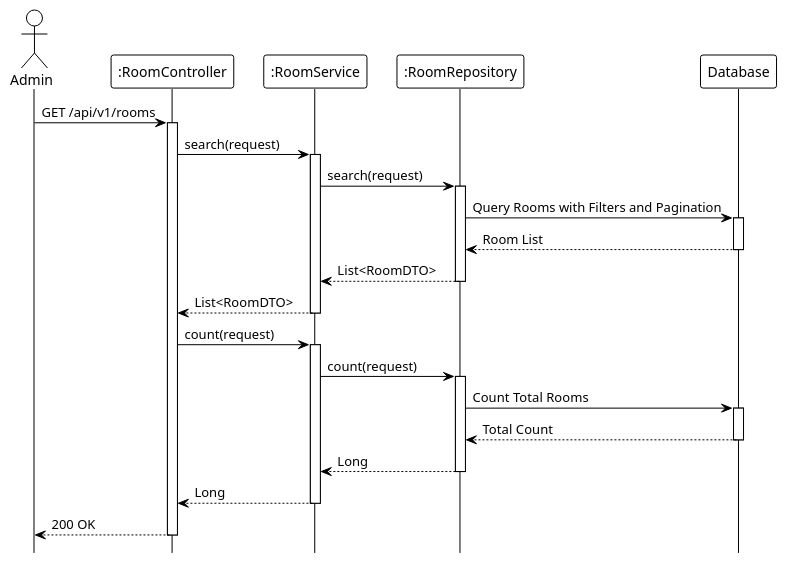
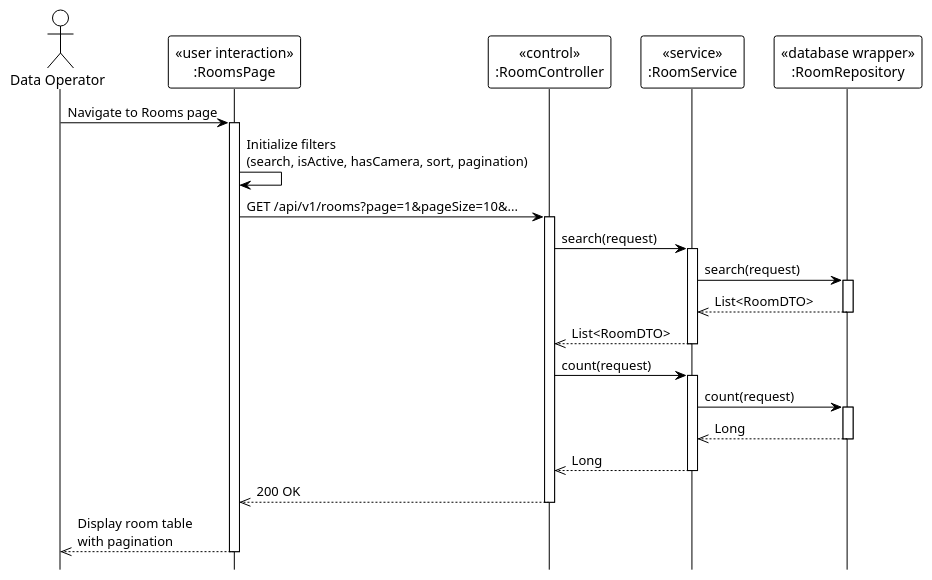
The diagram in system_detailed_design/55_view_list_room/sequence_diagram_view_list_room.puml (Ndh474/context), drawn with PlantUML before and after one commit. The commit also changed 5 other files, not shown here.

Commit message:
docs(system_detailed_design): add UML stereotypes to room sequence diagrams

```diff
--- a/system_detailed_design/55_view_list_room/sequence_diagram_view_list_room.puml
+++ b/system_detailed_design/55_view_list_room/sequence_diagram_view_list_room.puml
@@ -1,56 +1,49 @@
 @startuml view_list_room
 !theme plain
 hide footbox
 
-actor Admin
-participant ":RoomController" as Controller
-participant ":RoomService" as Service
-participant ":RoomRepository" as Repository
-participant "Database" as DB
+actor "Data Operator" as DataOperator
 
-' --- MAIN FLOW ---
-Admin -> Controller: GET /api/v1/rooms
+participant "«user interaction»\n:RoomsPage" as UI
+participant "«control»\n:RoomController" as Controller
+participant "«service»\n:RoomService" as Service
+participant "«database wrapper»\n:RoomRepository" as Repository
+
+' === MAIN FLOW ===
+DataOperator -> UI: Navigate to Rooms page
+activate UI
+
+UI -> UI: Initialize filters\n(search, isActive, hasCamera, sort, pagination)
+
+UI -> Controller: GET /api/v1/rooms?page=1&pageSize=10&...
 activate Controller
 
 Controller -> Service: search(request)
 activate Service
 
-' --- SEARCH QUERY ---
 Service -> Repository: search(request)
 activate Repository
-
-Repository -> DB: Query Rooms with Filters and Pagination
-activate DB
-DB --> Repository: Room List
-deactivate DB
-
-Repository --> Service: List<RoomDTO>
+Repository -->> Service: List<RoomDTO>
 deactivate Repository
 
-Service --> Controller: List<RoomDTO>
+Service -->> Controller: List<RoomDTO>
 deactivate Service
 
-' --- COUNT QUERY ---
 Controller -> Service: count(request)
 activate Service
 
 Service -> Repository: count(request)
 activate Repository
-
-Repository -> DB: Count Total Rooms
-activate DB
-DB --> Repository: Total Count
-deactivate DB
-
-Repository --> Service: Long
+Repository -->> Service: Long
 deactivate Repository
 
-Service --> Controller: Long
+Service -->> Controller: Long
 deactivate Service
 
-' Build paging response (internal)
-
-Controller --> Admin: 200 OK
+Controller -->> UI: 200 OK
 deactivate Controller
 
+UI -->> DataOperator: Display room table\nwith pagination
+deactivate UI
+
 @enduml
```
